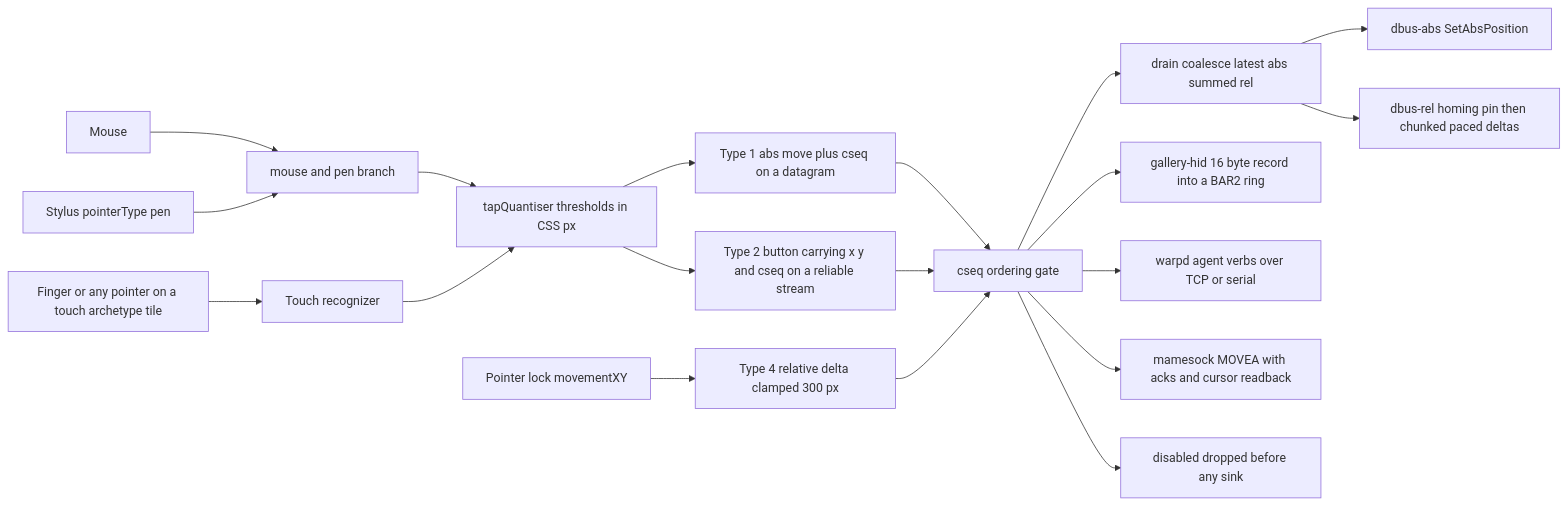
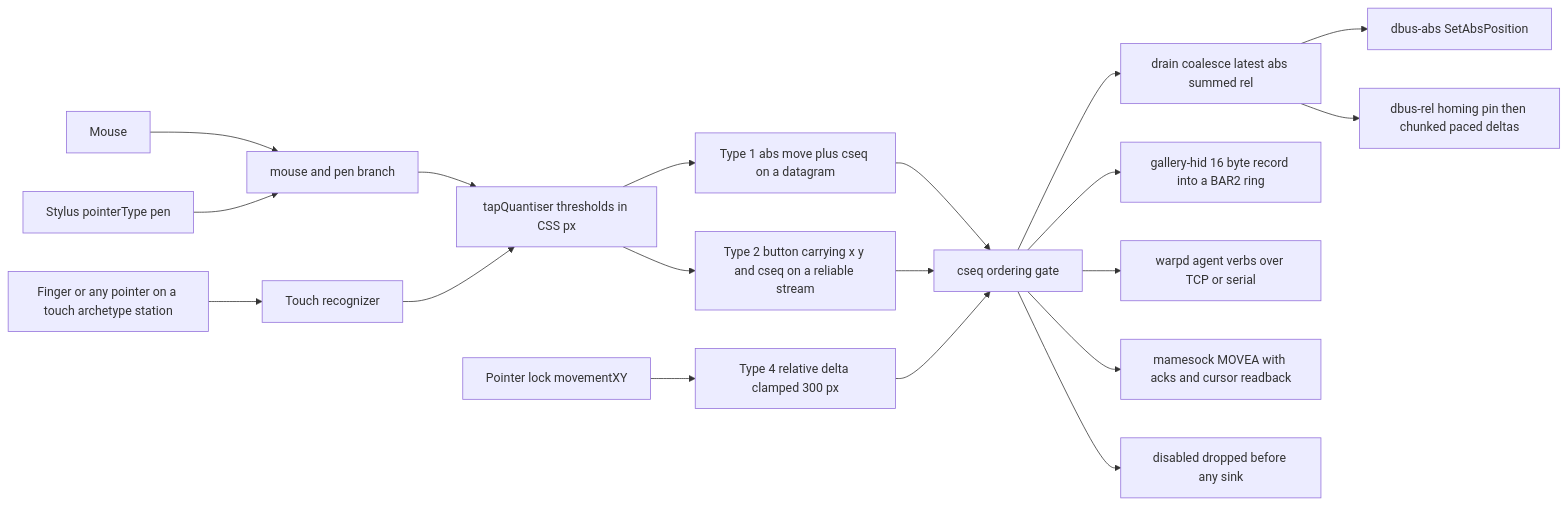
The first of 4 diagrams in docs/IO-PATHS.md (Wnt/kernel-hive), drawn with Mermaid before and after one commit. The commit also changed other lines of this file and 10 other files, not shown here.

````diff
--- a/docs/IO-PATHS.md
+++ b/docs/IO-PATHS.md
@@ -49,21 +49,21 @@
 ```mermaid
 flowchart LR
   M[Mouse] --> MP[mouse and pen branch]
   P[Stylus pointerType pen] --> MP
-  F[Finger or any pointer on a touch archetype tile] --> TP[Touch recognizer]
+  F[Finger or any pointer on a touch archetype station] --> TP[Touch recognizer]
   MP --> QT[tapQuantiser thresholds in CSS px]
   TP --> QT
   QT --> W1[Type 1 abs move plus cseq on a datagram]
   QT --> W2[Type 2 button carrying x y and cseq on a reliable stream]
   LK[Pointer lock movementXY] --> W4[Type 4 relative delta clamped 300 px]
   W1 --> H[cseq ordering gate]
   W2 --> H
   W4 --> H
   H --> CO[drain coalesce latest abs summed rel]
   CO --> DA[dbus-abs SetAbsPosition]
   CO --> DR[dbus-rel homing pin then chunked paced deltas]
   H --> GH[gallery-hid 16 byte record into a BAR2 ring]
   H --> WD[warpd agent verbs over TCP or serial]
   H --> MS[mamesock MOVEA with acks and cursor readback]
   H --> X[disabled dropped before any sink]
 ```
````
